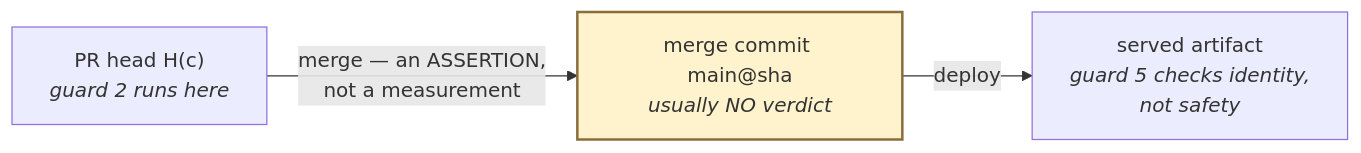
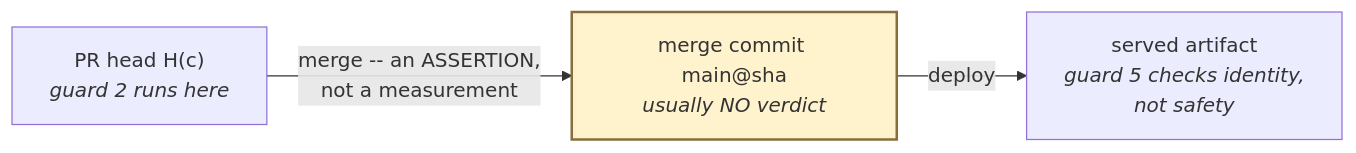
The second of 2 diagrams in research/history/release-strategies.org (aygp-dr/standard-change), drawn with Mermaid before and after one commit. The commit also changed other lines of this file and 48 other files, not shown here.

```diff
--- a/research/history/release-strategies.org
+++ b/research/history/release-strategies.org
@@ -85,10 +85,10 @@
 #+begin_src mermaid :eval never-export
 flowchart LR
   A["PR head H(c)<br/><i>guard 2 runs here</i>"]
   B["merge commit main@sha<br/><i>usually NO verdict</i>"]
   C["served artifact<br/><i>guard 5 checks identity,<br/>not safety</i>"]
-  A -->|"merge — an ASSERTION,<br/>not a measurement"| B
+  A -->|"merge -- an ASSERTION,<br/>not a measurement"| B
   B -->|deploy| C
   classDef gap fill:#fff3cd,stroke:#8a6d3b,stroke-width:2px
   class B gap
 #+end_src
```
